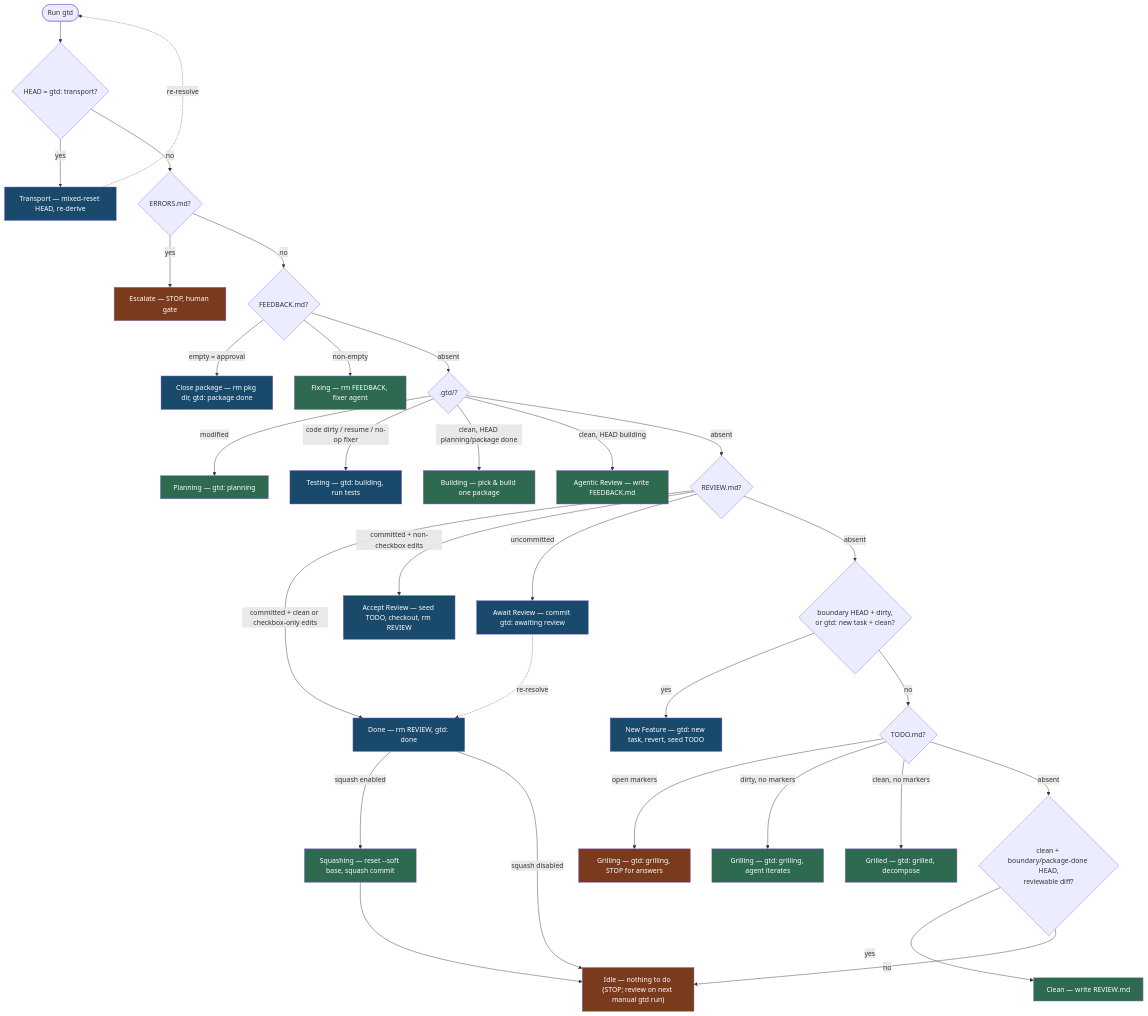
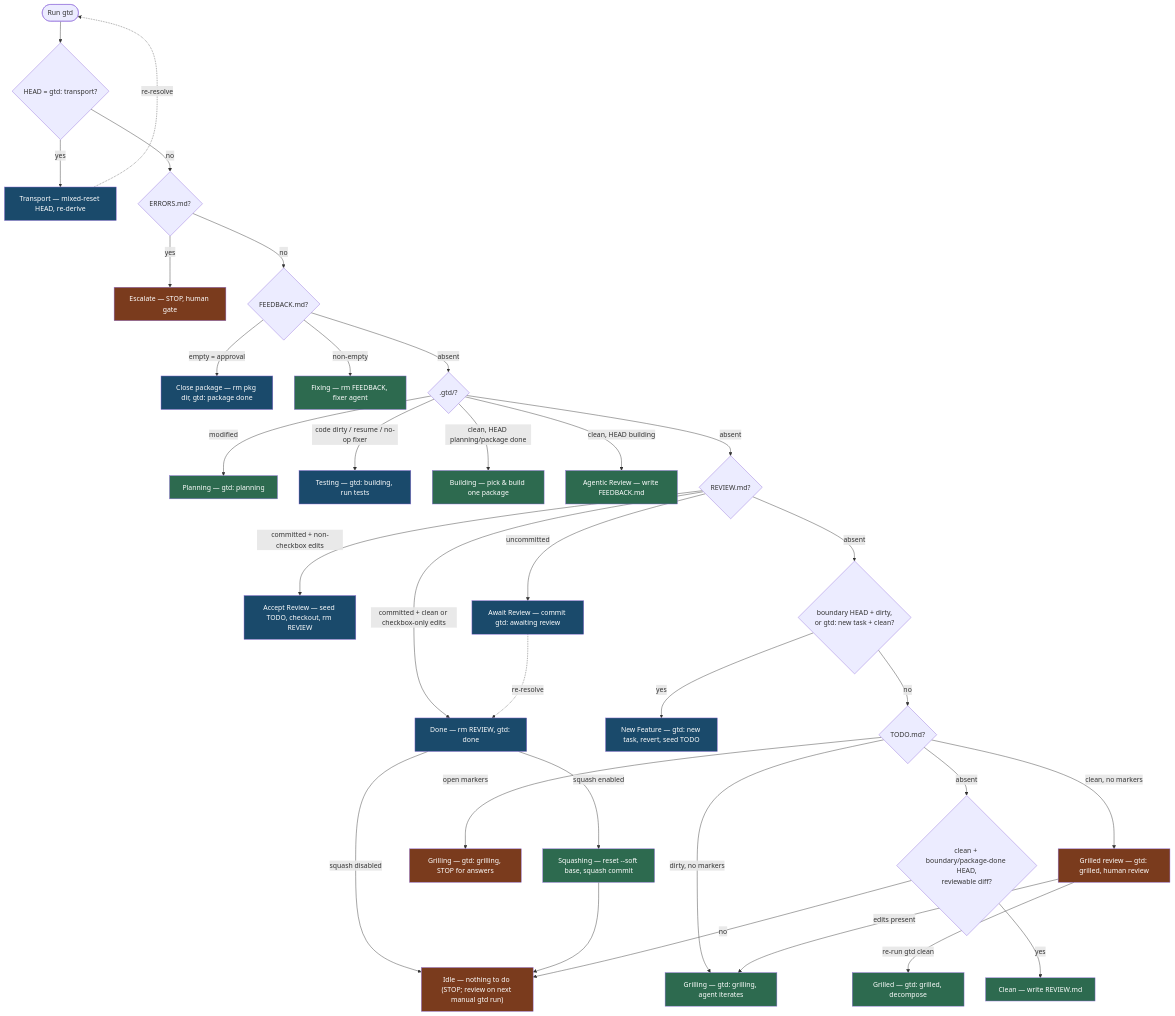
Before and after one commit to pmelab/gtd: the diagram in README.md, drawn with Mermaid. The commit also changed other lines of this file and 13 other files, not shown here.

First line of the commit message:
feat(machine): add human review STOP gate after grilling converges

````diff
--- a/README.md
+++ b/README.md
@@ -214,36 +214,38 @@
 ```mermaid
 flowchart TD
     Start([Run gtd]) --> P0{"HEAD = gtd: transport?"}
     P0 -->|yes| Transport["Transport — mixed-reset HEAD, re-derive"]:::edge
     Transport -.->|re-resolve| Start
     P0 -->|no| P1{"ERRORS.md?"}
     P1 -->|yes| Escalate["Escalate — STOP, human gate"]:::gate
     P1 -->|no| P2{"FEEDBACK.md?"}
     P2 -->|"empty = approval"| Close["Close package — rm pkg dir, gtd: package done"]:::edge
     P2 -->|"non-empty"| Fixing["Fixing — rm FEEDBACK, fixer agent"]:::agent
     P2 -->|absent| P3{".gtd/?"}
     P3 -->|"modified"| Planning["Planning — gtd: planning"]:::agent
     P3 -->|"code dirty / resume / no-op fixer"| Testing["Testing — gtd: building, run tests"]:::edge
     P3 -->|"clean, HEAD planning/package done"| Building["Building — pick & build one package"]:::agent
     P3 -->|"clean, HEAD building"| Review["Agentic Review — write FEEDBACK.md"]:::agent
     P3 -->|absent| P4{"REVIEW.md?"}
     P4 -->|"committed + clean or checkbox-only edits"| Done["Done — rm REVIEW, gtd: done"]:::edge
     P4 -->|"committed + non-checkbox edits"| Accept["Accept Review — seed TODO, checkout, rm REVIEW"]:::edge
     P4 -->|"uncommitted"| Await["Await Review — commit gtd: awaiting review"]:::edge
     Await -.->|"re-resolve"| Done
     P4 -->|absent| P5{"boundary HEAD + dirty,<br/>or gtd: new task + clean?"}
     Done -->|"squash enabled"| Squashing["Squashing — reset --soft base, squash commit"]:::agent
     Done -->|"squash disabled"| Idle
     Squashing --> Idle["Idle — nothing to do (STOP; review on next manual gtd run)"]:::gate
     P5 -->|yes| NewFeature["New Feature — gtd: new task, revert, seed TODO"]:::edge
     P5 -->|no| P6{"TODO.md?"}
     P6 -->|"open markers"| GrillStop["Grilling — gtd: grilling, STOP for answers"]:::gate
     P6 -->|"dirty, no markers"| GrillIter["Grilling — gtd: grilling, agent iterates"]:::agent
-    P6 -->|"clean, no markers"| Grilled["Grilled — gtd: grilled, decompose"]:::agent
+    P6 -->|"clean, no markers"| GrilledReview["Grilled review — gtd: grilled, human review"]:::gate
+    GrilledReview -->|"re-run gtd clean"| Grilled["Grilled — gtd: grilled, decompose"]:::agent
+    GrilledReview -->|"edits present"| GrillIter
     P6 -->|absent| P7{"clean + boundary/package-done HEAD,<br/>reviewable diff?"}
     P7 -->|yes| CleanState["Clean — write REVIEW.md"]:::agent
     P7 -->|no| Idle
     classDef edge fill:#1a4a6b,color:#fff
     classDef agent fill:#2d6a4f,color:#fff
     classDef gate fill:#7a3b1d,color:#fff
 ```
````
